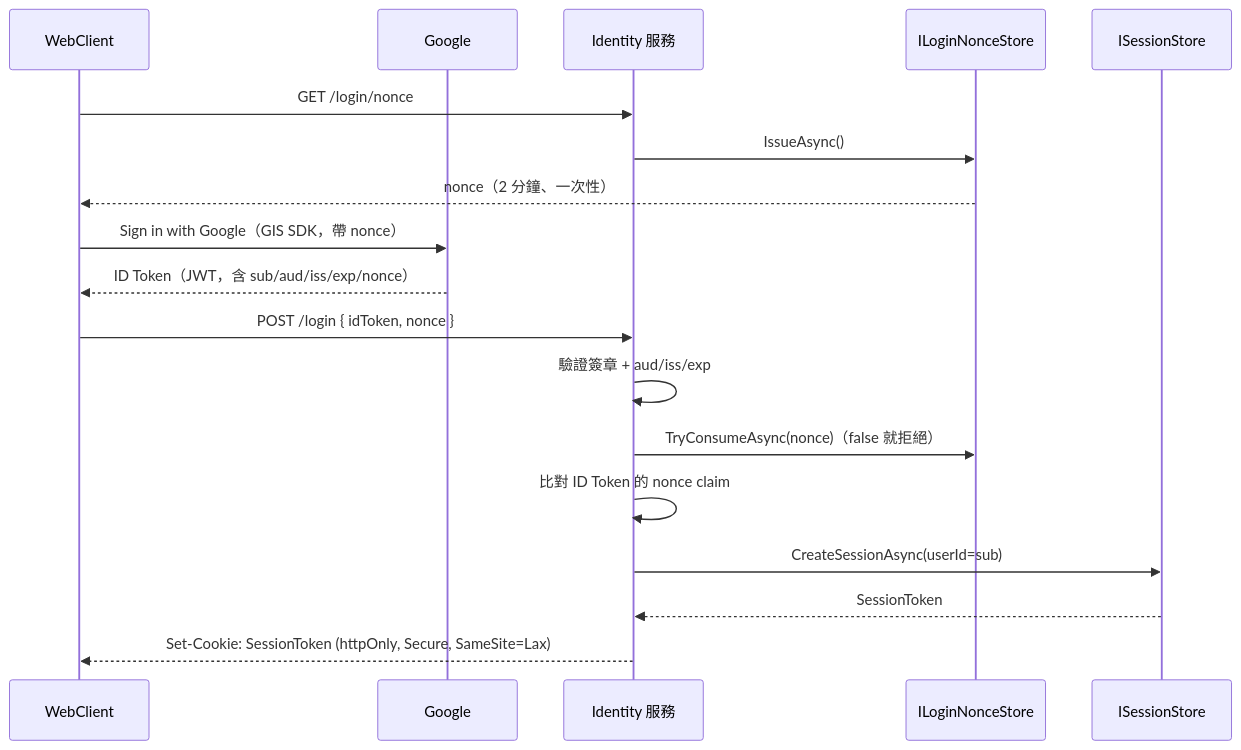
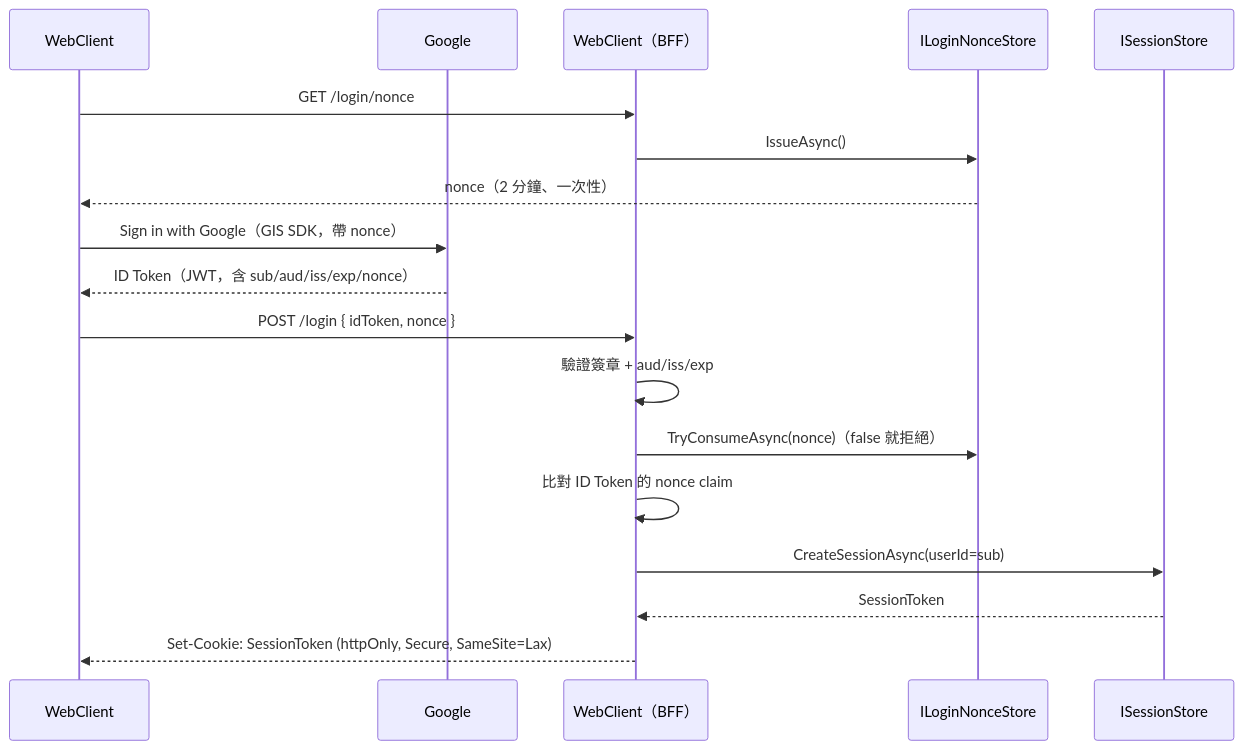
The second of 5 diagrams in docs/architecture/identity-layer.md (yggdrasill-dev/ChatSystem), drawn with Mermaid before and after one commit. The commit also changed other lines of this file and 29 other files, not shown here.

First line of the commit message:
feat(identity-layer): 新增 WebClient 專案與登入/登出 endpoint

````diff
--- a/docs/architecture/identity-layer.md
+++ b/docs/architecture/identity-layer.md
@@ -115,21 +117,21 @@
 ```mermaid
 sequenceDiagram
     participant WC as WebClient
     participant G as Google
-    participant LI as Identity 服務
+    participant LI as WebClient（BFF）
     participant NS as ILoginNonceStore
     participant SS as ISessionStore
 
     WC->>LI: GET /login/nonce
     LI->>NS: IssueAsync()
     NS-->>WC: nonce（2 分鐘、一次性）
     WC->>G: Sign in with Google（GIS SDK，帶 nonce）
     G-->>WC: ID Token（JWT，含 sub/aud/iss/exp/nonce）
     WC->>LI: POST /login { idToken, nonce }
     LI->>LI: 驗證簽章 + aud/iss/exp
     LI->>NS: TryConsumeAsync(nonce)（false 就拒絕）
     LI->>LI: 比對 ID Token 的 nonce claim
     LI->>SS: CreateSessionAsync(userId=sub)
     SS-->>LI: SessionToken
     LI-->>WC: Set-Cookie: SessionToken (httpOnly, Secure, SameSite=Lax)
 ```
````
